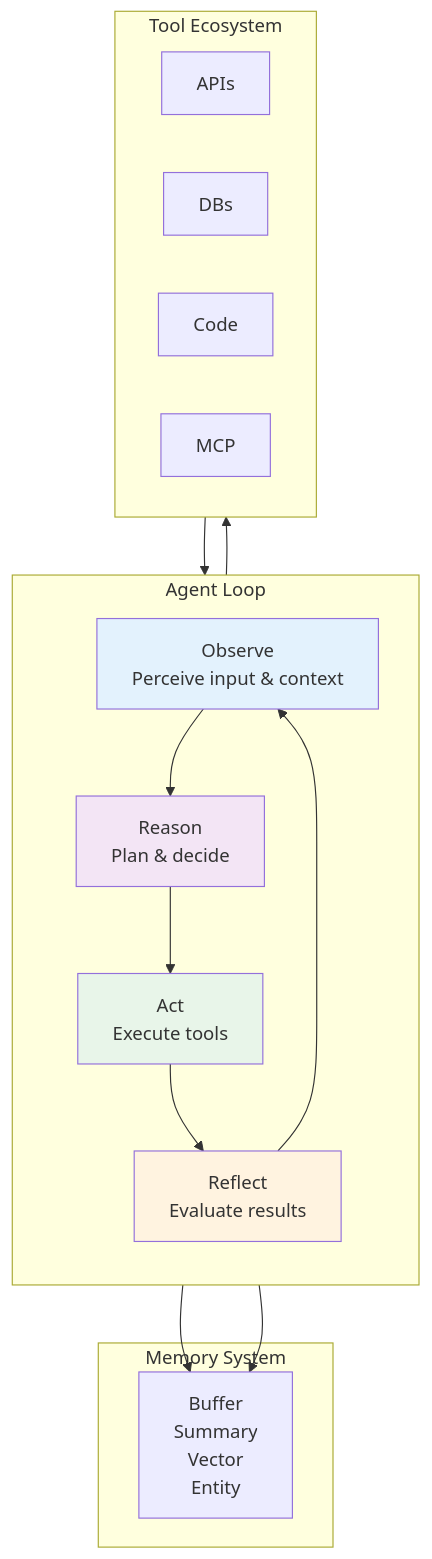
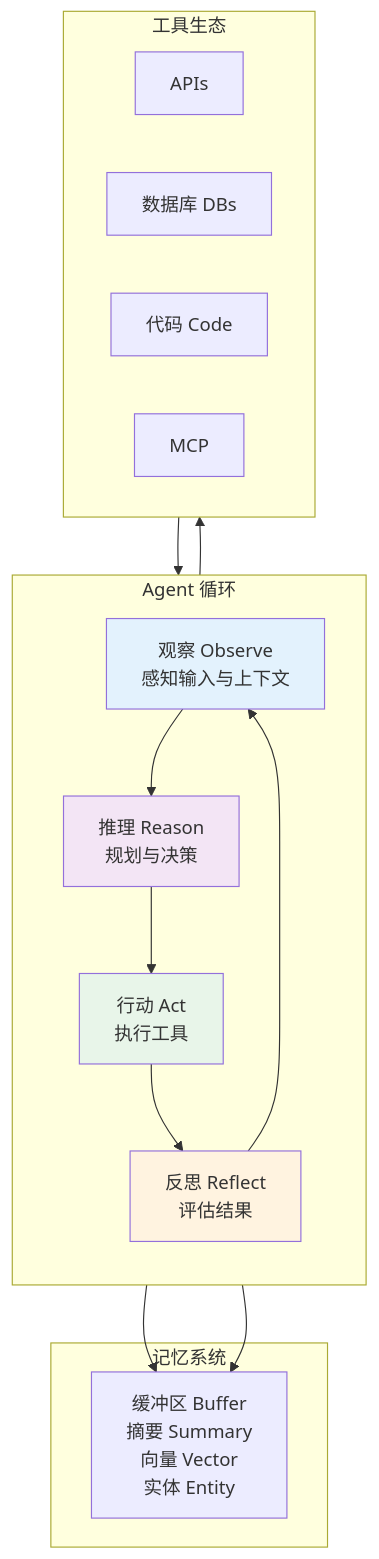
The first of 8 diagrams in i18n/zh-Hans/docusaurus-plugin-content-docs/current/ai/agents/architecture.mdx (YiWang24/AiDIY), drawn with Mermaid before and after one commit. The commit also changed other lines of this file and 59 other files, not shown here.

````diff
--- a/i18n/zh-Hans/docusaurus-plugin-content-docs/current/ai/agents/architecture.mdx
+++ b/i18n/zh-Hans/docusaurus-plugin-content-docs/current/ai/agents/architecture.mdx
@@ -20,33 +20,33 @@
 ```mermaid
 flowchart TB
-    subgraph Loop["Agent Loop"]
+    subgraph Loop["Agent 循环"]
         direction TB
-        O[Observe<br/>Perceive input & context]
-        R[Reason<br/>Plan & decide]
-        A[Act<br/>Execute tools]
-        Ref[Reflect<br/>Evaluate results]
+        O[观察 Observe<br/>感知输入与上下文]
+        R[推理 Reason<br/>规划与决策]
+        A[行动 Act<br/>执行工具]
+        Ref[反思 Reflect<br/>评估结果]
     end
 
     O --> R --> A --> Ref --> O
 
-    subgraph Memory["Memory System"]
-        M[Buffer<br/>Summary<br/>Vector<br/>Entity]
+    subgraph Memory["记忆系统"]
+        M[缓冲区 Buffer<br/>摘要 Summary<br/>向量 Vector<br/>实体 Entity]
     end
 
-    subgraph Tools["Tool Ecosystem"]
+    subgraph Tools["工具生态"]
         T1[APIs]
-        T2[DBs]
-        T3[Code]
+        T2[数据库 DBs]
+        T3[代码 Code]
         T4[MCP]
     end
 
     R --> M
     A --> Tools
     Tools --> Ref
     Ref --> M
 
     style O fill:#e3f2fd
     style R fill:#f3e5f5
     style A fill:#e8f5e9
     style Ref fill:#fff3e0
 ```
````
